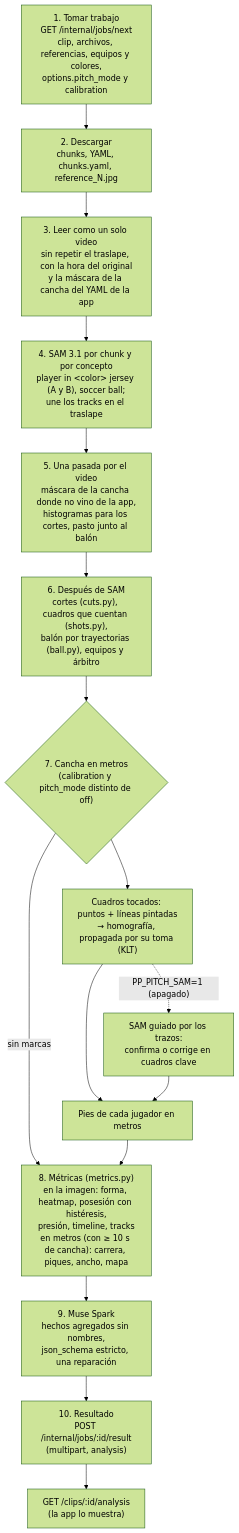
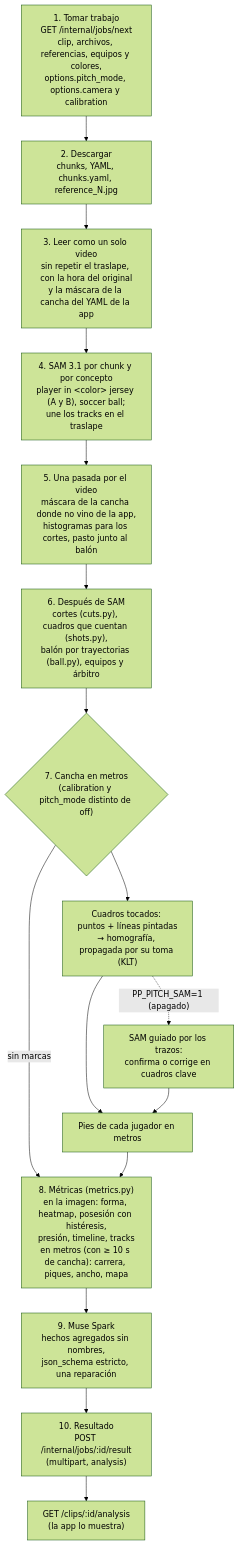
Before and after one commit to pepemxl/meta-ai-hackathon-2026: the first of 4 diagrams in docs/arquitectura/06-pipeline-analisis.md, drawn with Mermaid (forest theme). The commit also changed other lines of this file and 28 other files, not shown here.

````diff
--- a/docs/arquitectura/06-pipeline-analisis.md
+++ b/docs/arquitectura/06-pipeline-analisis.md
@@ -18,18 +18,18 @@
 ```mermaid
 flowchart TB
-    claim["1. Tomar trabajo<br/>GET /internal/jobs/next<br/>clip, archivos, referencias, equipos y colores,<br/>options.pitch_mode y calibration"] --> dl["2. Descargar<br/>chunks, YAML, chunks.yaml, reference_N.jpg"]
+    claim["1. Tomar trabajo<br/>GET /internal/jobs/next<br/>clip, archivos, referencias, equipos y colores,<br/>options.pitch_mode, options.camera y calibration"] --> dl["2. Descargar<br/>chunks, YAML, chunks.yaml, reference_N.jpg"]
     dl --> read["3. Leer como un solo video<br/>sin repetir el traslape, con la hora del original<br/>y la máscara de la cancha del YAML de la app"]
     read --> sam["4. SAM 3.1 por chunk y por concepto<br/>player in &lt;color&gt; jersey (A y B), soccer ball;<br/>une los tracks en el traslape"]
     sam --> pass["5. Una pasada por el video<br/>máscara de la cancha donde no vino de la app,<br/>histogramas para los cortes, pasto junto al balón"]
     pass --> post["6. Después de SAM<br/>cortes (cuts.py), cuadros que cuentan (shots.py),<br/>balón por trayectorias (ball.py), equipos y árbitro"]
     post --> cal{"7. Cancha en metros<br/>(calibration y pitch_mode distinto de off)"}
     cal -->|"sin marcas"| metrics
     cal --> touch["Cuadros tocados: puntos + líneas pintadas<br/>→ homografía, propagada por su toma (KLT)"]
     touch -.->|"PP_PITCH_SAM=1 (apagado)"| lines["SAM guiado por los trazos:<br/>confirma o corrige en cuadros clave"]
     touch --> feet["Pies de cada jugador en metros"]
     lines --> feet
     feet --> metrics["8. Métricas (metrics.py)<br/>en la imagen: forma, heatmap, posesión con histéresis,<br/>presión, timeline, tracks<br/>en metros (con ≥ 10 s de cancha): carrera, piques, ancho, mapa"]
     metrics --> muse["9. Muse Spark<br/>hechos agregados sin nombres,<br/>json_schema estricto, una reparación"]
     muse --> result["10. Resultado<br/>POST /internal/jobs/:id/result<br/>(multipart, analysis)"]
     result --> app["GET /clips/:id/analysis<br/>(la app lo muestra)"]
 ```
````
